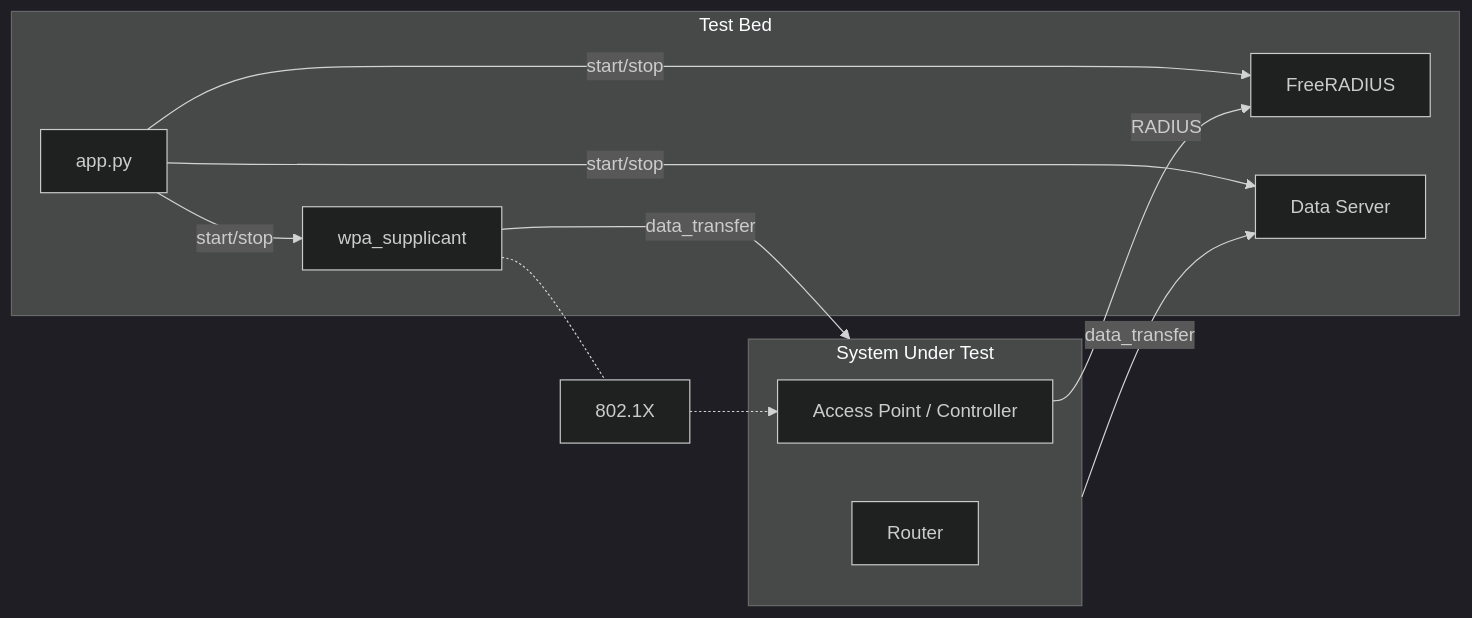
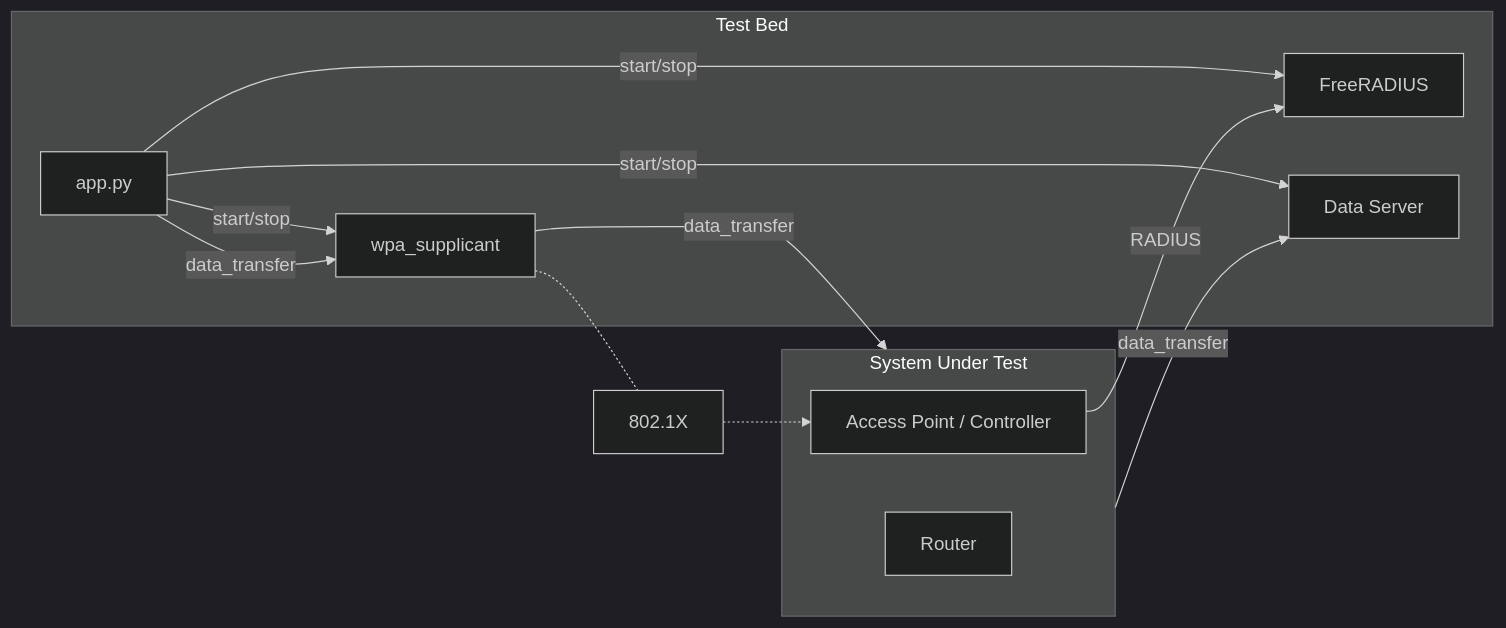
One commit to wireless-broadband-alliance/radius-accounting-testbed changed the diagram in README.md. Above: the diagram before and after it, drawn with Mermaid (dark theme).

````diff
--- a/README.md
+++ b/README.md
@@ -105,17 +105,18 @@
 ```mermaid
 flowchart LR
     subgraph testbed [Test Bed]
     app[app.py]--start/stop-->wpa_supplicant
+    app--data_transfer-->wpa_supplicant
     app--start/stop-->FreeRADIUS
     app--start/stop-->DataServer[Data Server]
     end
     subgraph sut [System Under Test]
     ap[Access Point / Controller]
     Router
     end
     wpa_supplicant-.-802.1X-.->ap
     wpa_supplicant--data_transfer-->sut
     sut--data_transfer-->DataServer
     ap--RADIUS-->FreeRADIUS
 
 ```
````
